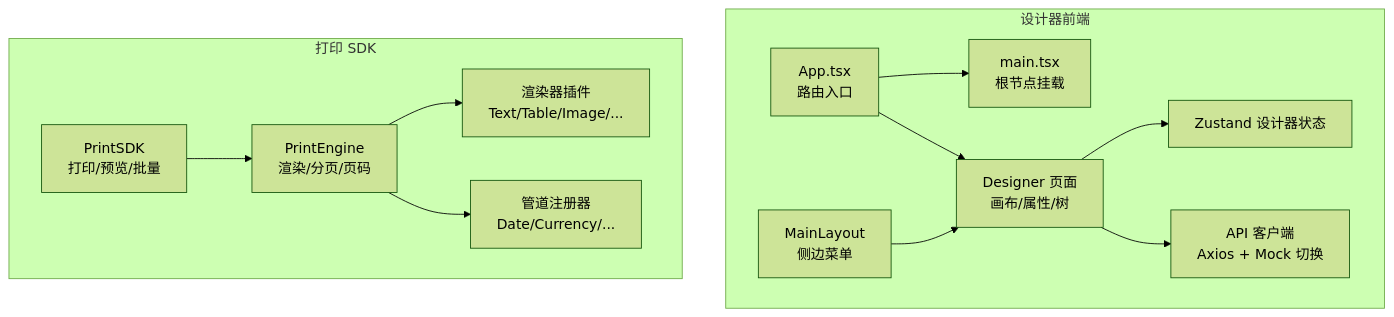
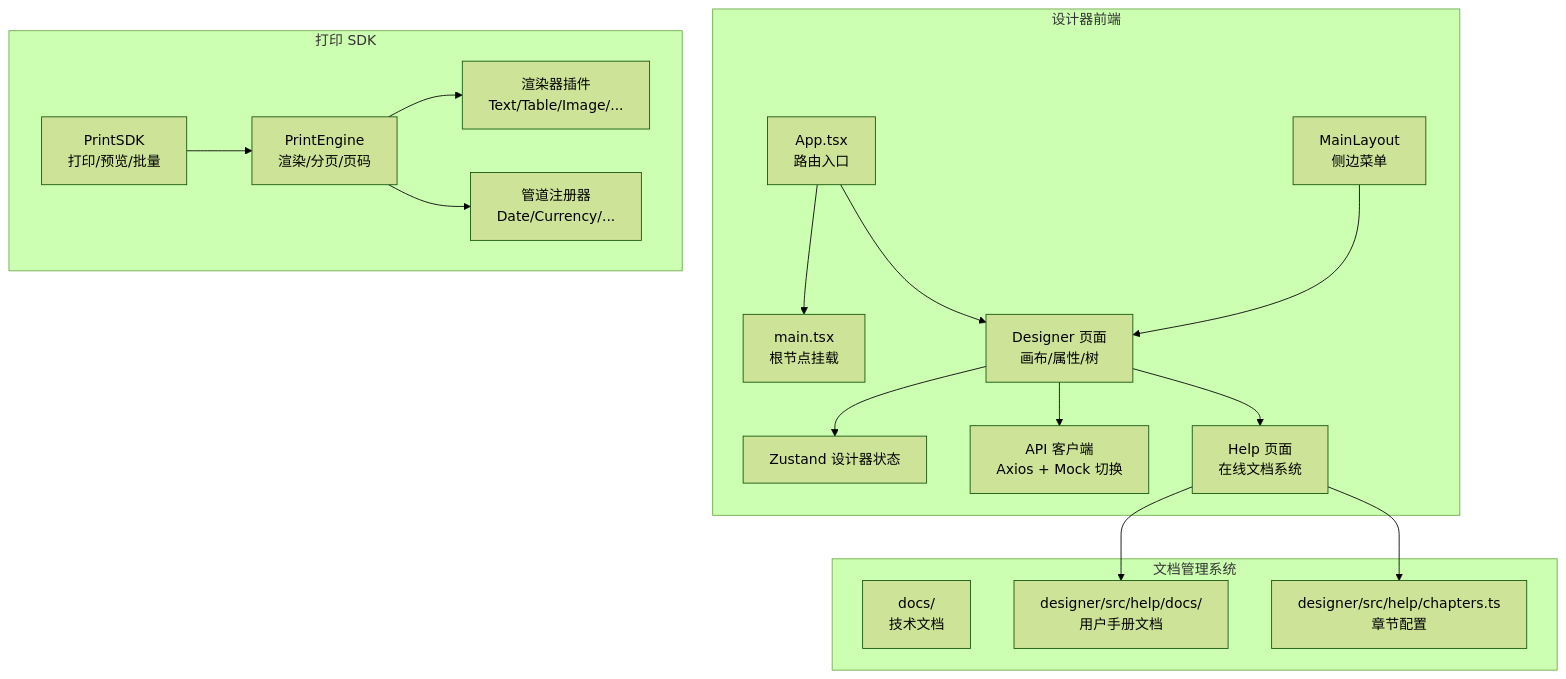
The first of 9 diagrams in .qoder/repowiki/zh/content/架构设计文档/架构设计文档.md (joker-yjc/printer), drawn with Mermaid (forest theme) before and after one commit. The commit also changed other lines of this file and 4 other files, not shown here.

````diff
--- a/.qoder/repowiki/zh/content/架构设计文档/架构设计文档.md
+++ b/.qoder/repowiki/zh/content/架构设计文档/架构设计文档.md
@@ -42,25 +54,34 @@
 ```mermaid
 graph TB
 subgraph "设计器前端"
 A_App["App.tsx<br/>路由入口"]
 A_Main["main.tsx<br/>根节点挂载"]
 A_Designer["Designer 页面<br/>画布/属性/树"]
 A_Layout["MainLayout<br/>侧边菜单"]
 A_Store["Zustand 设计器状态"]
 A_API["API 客户端<br/>Axios + Mock 切换"]
+A_Help["Help 页面<br/>在线文档系统"]
 end
 subgraph "打印 SDK"
 S_SDK["PrintSDK<br/>打印/预览/批量"]
 S_Engine["PrintEngine<br/>渲染/分页/页码"]
 S_Renderers["渲染器插件<br/>Text/Table/Image/..."]
 S_Pipes["管道注册器<br/>Date/Currency/..."]
 end
+subgraph "文档管理系统"
+D_Docs["docs/<br/>技术文档"]
+D_HelpDocs["designer/src/help/docs/<br/>用户手册文档"]
+D_Chapters["designer/src/help/chapters.ts<br/>章节配置"]
+end
 A_App --> A_Main
 A_App --> A_Designer
 A_Designer --> A_Store
 A_Designer --> A_API
+A_Designer --> A_Help
 A_Layout --> A_Designer
 S_SDK --> S_Engine
 S_Engine --> S_Renderers
 S_Engine --> S_Pipes
+A_Help --> D_HelpDocs
+A_Help --> D_Chapters
 ```
````
